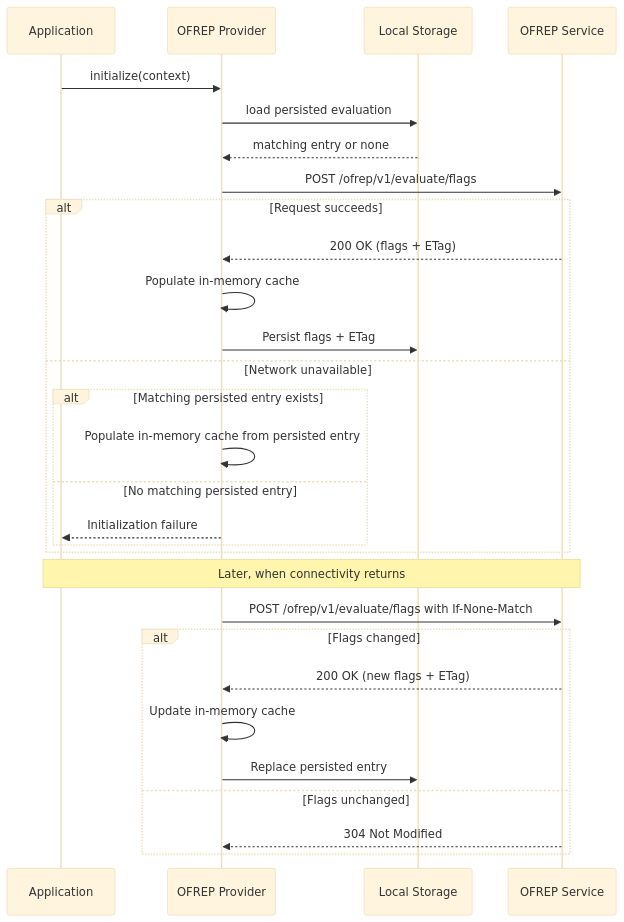
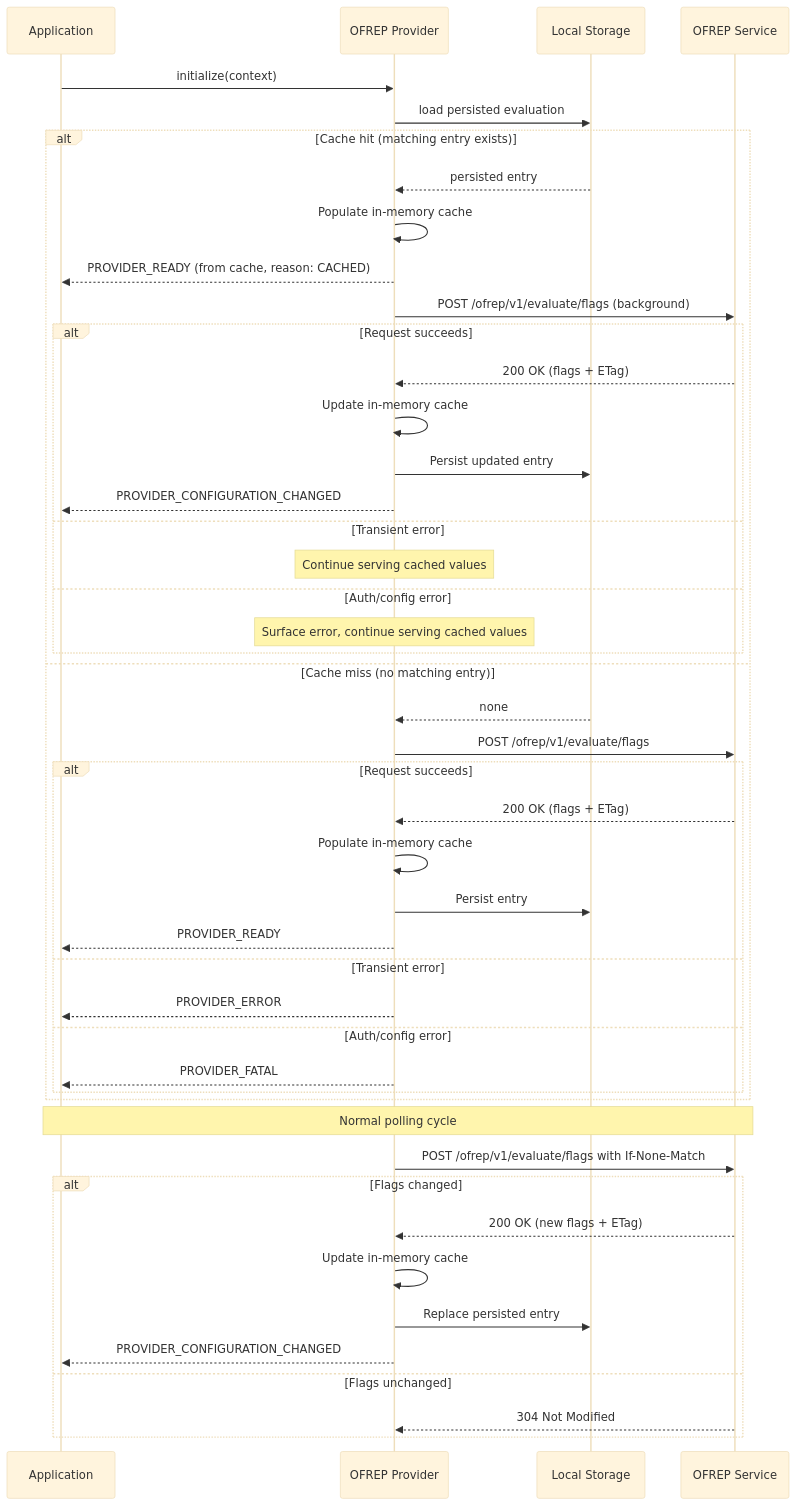
One commit to open-feature/protocol changed the diagram in service/adrs/0009-localStorageForStaticContextProviders.md. Above: the diagram before and after it, drawn with Mermaid (base theme). The commit also changed other lines of this file, not shown here.

First line of the commit message:
docs(adr): rewrite ADR 0009 for cache-first initialization

````diff
--- a/service/adrs/0009-localStorageForStaticContextProviders.md
+++ b/service/adrs/0009-localStorageForStaticContextProviders.md
@@ -64,33 +75,50 @@
 ```mermaid
 sequenceDiagram
     participant App as Application
     participant Provider as OFREP Provider
     participant Storage as Local Storage
     participant Server as OFREP Service
 
     App->>Provider: initialize(context)
     Provider->>Storage: load persisted evaluation
-    Storage-->>Provider: matching entry or none
-    Provider->>Server: POST /ofrep/v1/evaluate/flags
-    alt Request succeeds
-        Server-->>Provider: 200 OK (flags + ETag)
+    alt Cache hit (matching entry exists)
+        Storage-->>Provider: persisted entry
         Provider->>Provider: Populate in-memory cache
-        Provider->>Storage: Persist flags + ETag
-    else Network unavailable
-        alt Matching persisted entry exists
-            Provider->>Provider: Populate in-memory cache from persisted entry
-        else No matching persisted entry
-            Provider-->>App: Initialization failure
+        Provider-->>App: PROVIDER_READY (from cache, reason: CACHED)
+        Provider->>Server: POST /ofrep/v1/evaluate/flags (background)
+        alt Request succeeds
+            Server-->>Provider: 200 OK (flags + ETag)
+            Provider->>Provider: Update in-memory cache
+            Provider->>Storage: Persist updated entry
+            Provider-->>App: PROVIDER_CONFIGURATION_CHANGED
+        else Transient error
+            Note over Provider: Continue serving cached values
+        else Auth/config error
+            Note over Provider: Surface error, continue serving cached values
+        end
+    else Cache miss (no matching entry)
+        Storage-->>Provider: none
+        Provider->>Server: POST /ofrep/v1/evaluate/flags
+        alt Request succeeds
+            Server-->>Provider: 200 OK (flags + ETag)
+            Provider->>Provider: Populate in-memory cache
+            Provider->>Storage: Persist entry
+            Provider-->>App: PROVIDER_READY
+        else Transient error
+            Provider-->>App: PROVIDER_ERROR
+        else Auth/config error
+            Provider-->>App: PROVIDER_FATAL
         end
     end
 
-    Note over App,Server: Later, when connectivity returns
+    Note over App,Server: Normal polling cycle
     Provider->>Server: POST /ofrep/v1/evaluate/flags with If-None-Match
     alt Flags changed
         Server-->>Provider: 200 OK (new flags + ETag)
         Provider->>Provider: Update in-memory cache
         Provider->>Storage: Replace persisted entry
+        Provider-->>App: PROVIDER_CONFIGURATION_CHANGED
     else Flags unchanged
         Server-->>Provider: 304 Not Modified
     end
 ```
````
